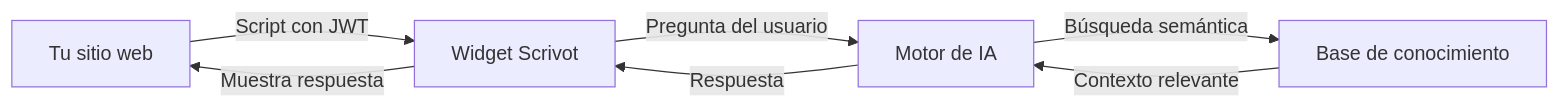
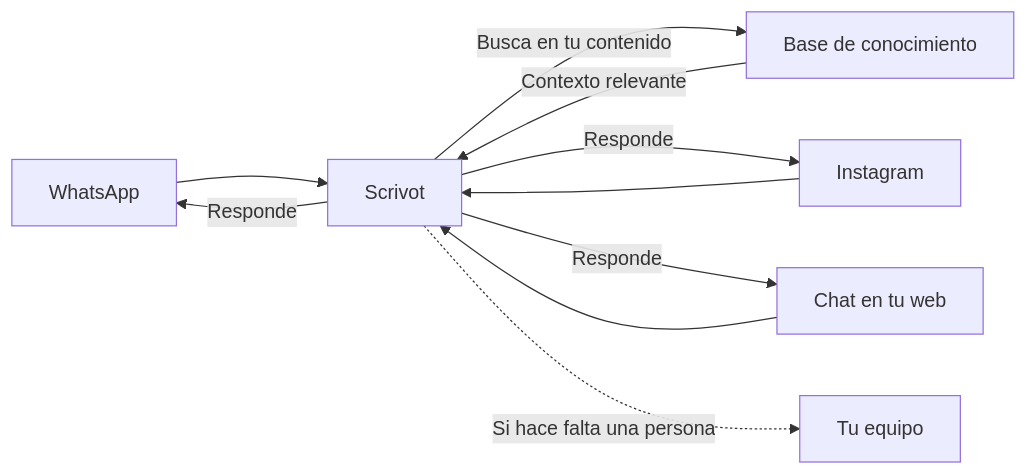
Before and after one commit to sebasegovia01/scrivot-docs: the diagram in introduction.mdx, drawn with Mermaid. The commit also changed other lines of this file and 8 other files, not shown here.

````diff
--- a/introduction.mdx
+++ b/introduction.mdx
@@ -29,9 +53,12 @@
 ```mermaid
 flowchart LR
-    A[Tu sitio web] -->|Script con JWT| B[Widget Scrivot]
-    B -->|Pregunta del usuario| C[Motor de IA]
-    C -->|Búsqueda semántica| D[Base de conocimiento]
-    D -->|Contexto relevante| C
-    C -->|Respuesta| B
-    B -->|Muestra respuesta| A
+    W[WhatsApp] --> M[Scrivot]
+    I[Instagram] --> M
+    S[Chat en tu web] --> M
+    M -->|Busca en tu contenido| K[Base de conocimiento]
+    K -->|Contexto relevante| M
+    M -->|Responde| W
+    M -->|Responde| I
+    M -->|Responde| S
+    M -.->|Si hace falta una persona| E[Tu equipo]
 ```
````
